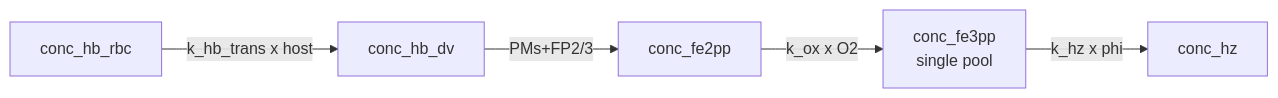
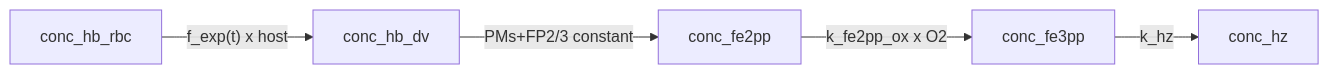
Before and after one commit to davidkuter/haem_kinetics: the diagram in docs/models/model2.md, drawn with Mermaid. The commit also changed other lines of this file and 22 other files, not shown here.

````diff
--- a/docs/models/model2.md
+++ b/docs/models/model2.md
@@ -30,7 +45,7 @@
 ```mermaid
 flowchart LR
-  Host["conc_hb_rbc"] -->|"k_hb_trans x host"| HbDV["conc_hb_dv"]
-  HbDV -->|"PMs+FP2/3"| Fe2["conc_fe2pp"]
-  Fe2 -->|"k_ox x O2"| Fe3["conc_fe3pp<br/>single pool"]
-  Fe3 -->|"k_hz x phi"| Hz["conc_hz"]
+  Host["conc_hb_rbc"] -->|"f_exp(t) x host"| HbDV["conc_hb_dv"]
+  HbDV -->|"PMs+FP2/3 constant"| Fe2["conc_fe2pp"]
+  Fe2 -->|"k_fe2pp_ox x O2"| Fe3["conc_fe3pp"]
+  Fe3 -->|"k_hz"| Hz["conc_hz"]
 ```
````
